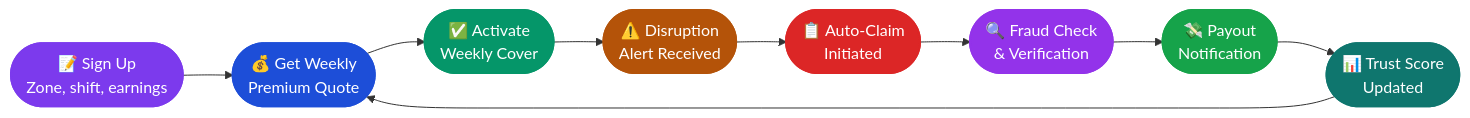
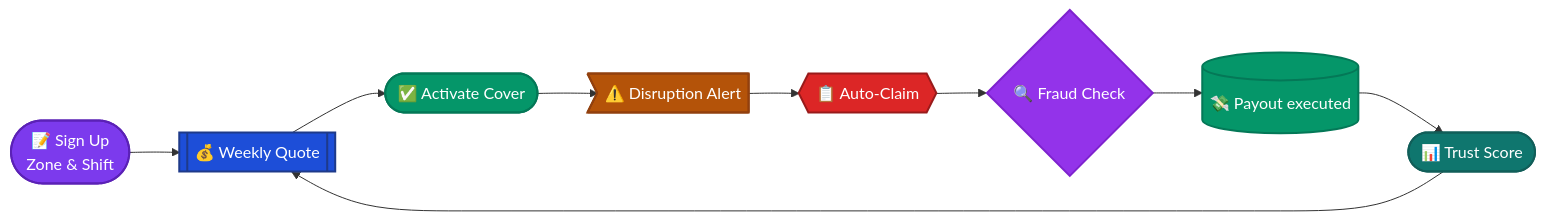
One commit to Chorko/Celestius_Covara_One_P1 changed the second of 4 diagrams in README.md. Above: the diagram before and after it, drawn with Mermaid. The commit also changed other lines of this file, not shown here.

Commit message:
fix: refine mermaid architecture diagrams with semantic shapes and compact layout

````diff
--- a/README.md
+++ b/README.md
@@ -270,20 +254,19 @@
 ```mermaid
 flowchart LR
-    A(["📝 Sign Up<br/>Zone, shift, earnings"]) --> B(["💰 Get Weekly<br/>Premium Quote"])
-    B --> C(["✅ Activate<br/>Weekly Cover"])
-    C --> D(["⚠️ Disruption<br/>Alert Received"])
-    D --> E(["📋 Auto-Claim<br/>Initiated"])
-    E --> F(["🔍 Fraud Check<br/>& Verification"])
-    F --> G(["💸 Payout<br/>Notification"])
-    G --> H(["📊 Trust Score<br/>Updated"])
+    classDef step fill:#7C3AED,color:#fff,stroke:#5B21B6,stroke-width:2px;
+    classDef finance fill:#1D4ED8,color:#fff,stroke:#1E3A8A,stroke-width:2px;
+    classDef alert fill:#B45309,color:#fff,stroke:#92400E,stroke-width:2px;
+    classDef action fill:#DC2626,color:#fff,stroke:#991B1B,stroke-width:2px;
+    classDef engine fill:#9333EA,color:#fff,stroke:#7E22CE,stroke-width:2px;
+    classDef success fill:#059669,color:#fff,stroke:#047857,stroke-width:2px;
+    classDef metric fill:#0F766E,color:#fff,stroke:#115E59,stroke-width:2px;
+
+    A([📝 Sign Up<br/>Zone & Shift]):::step --> B[[💰 Weekly Quote]]:::finance
+    B --> C([✅ Activate Cover]):::success
+    C --> D>⚠️ Disruption Alert]:::alert
+    D --> E{{📋 Auto-Claim}}:::action
+    E --> F{🔍 Fraud Check}:::engine
+    F --> G[(💸 Payout executed)]:::success
+    G --> H([📊 Trust Score]):::metric
     H --> B
-
-    style A fill:#7C3AED,color:#fff,stroke:#7C3AED,stroke-width:2px
-    style B fill:#1D4ED8,color:#fff,stroke:#1D4ED8,stroke-width:2px
-    style C fill:#059669,color:#fff,stroke:#059669,stroke-width:2px
-    style D fill:#B45309,color:#fff,stroke:#B45309,stroke-width:2px
-    style E fill:#DC2626,color:#fff,stroke:#DC2626,stroke-width:2px
-    style F fill:#9333EA,color:#fff,stroke:#9333EA,stroke-width:2px
-    style G fill:#16A34A,color:#fff,stroke:#16A34A,stroke-width:2px
-    style H fill:#0F766E,color:#fff,stroke:#0F766E,stroke-width:2px
 ```
````
